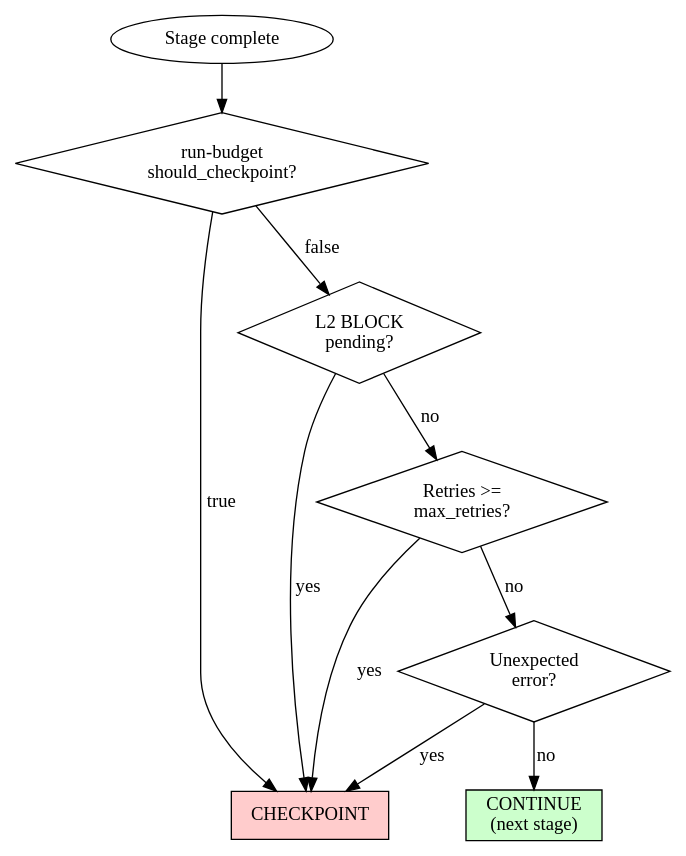
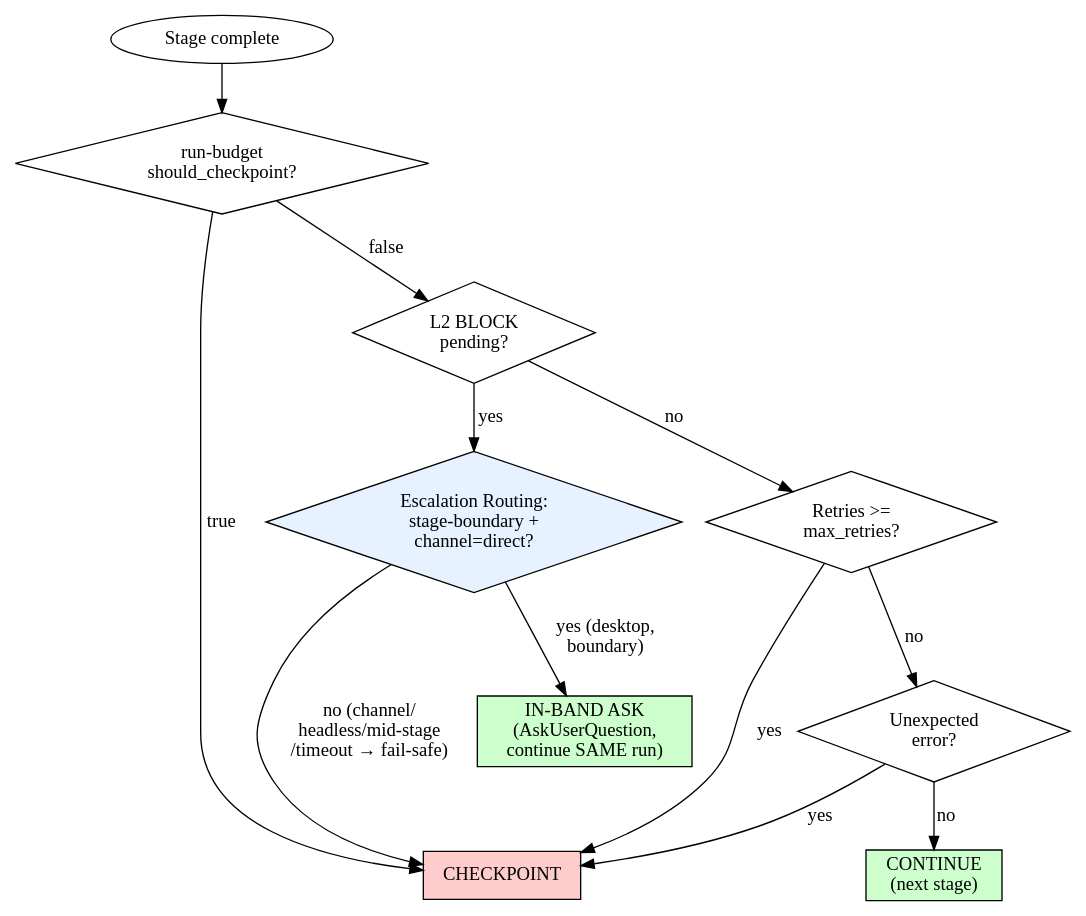
Before and after one commit to xg-gh-25/SwarmAI: the diagram in backend/skills/s_autonomous-pipeline/INSTRUCTIONS.md, drawn with Graphviz. The commit also changed other lines of this file and 2 other files, not shown here.

First line of the commit message:
feat(pipeline): in-band L2 escalation via AskUserQuestion (run_48bd39cb ②)

````diff
--- a/backend/skills/s_autonomous-pipeline/INSTRUCTIONS.md
+++ b/backend/skills/s_autonomous-pipeline/INSTRUCTIONS.md
@@ -941,22 +1030,26 @@
 ```dot
 digraph checkpoint_decision {
   rankdir=TB;
   stage_done [label="Stage complete", shape=ellipse];
   run_budget [label="run-budget\nshould_checkpoint?", shape=diamond];
   checkpoint_yes [label="CHECKPOINT", shape=box, style=filled, fillcolor="#ffcccc"];
   l2_block [label="L2 BLOCK\npending?", shape=diamond];
+  esc_route [label="Escalation Routing:\nstage-boundary +\nchannel=direct?", shape=diamond, style=filled, fillcolor="#e6f2ff"];
+  inband [label="IN-BAND ASK\n(AskUserQuestion,\ncontinue SAME run)", shape=box, style=filled, fillcolor="#ccffcc"];
   retries [label="Retries >=\nmax_retries?", shape=diamond];
   error [label="Unexpected\nerror?", shape=diamond];
   continue [label="CONTINUE\n(next stage)", shape=box, style=filled, fillcolor="#ccffcc"];
 
   stage_done -> run_budget;
   run_budget -> checkpoint_yes [label="true"];
   run_budget -> l2_block [label="false"];
-  l2_block -> checkpoint_yes [label="yes"];
+  l2_block -> esc_route [label="yes"];
+  esc_route -> inband [label="yes (desktop,\nboundary)"];
+  esc_route -> checkpoint_yes [label="no (channel/\nheadless/mid-stage\n/timeout → fail-safe)"];
   l2_block -> retries [label="no"];
   retries -> checkpoint_yes [label="yes"];
   retries -> error [label="no"];
   error -> checkpoint_yes [label="yes"];
   error -> continue [label="no"];
 }
 ```
````
